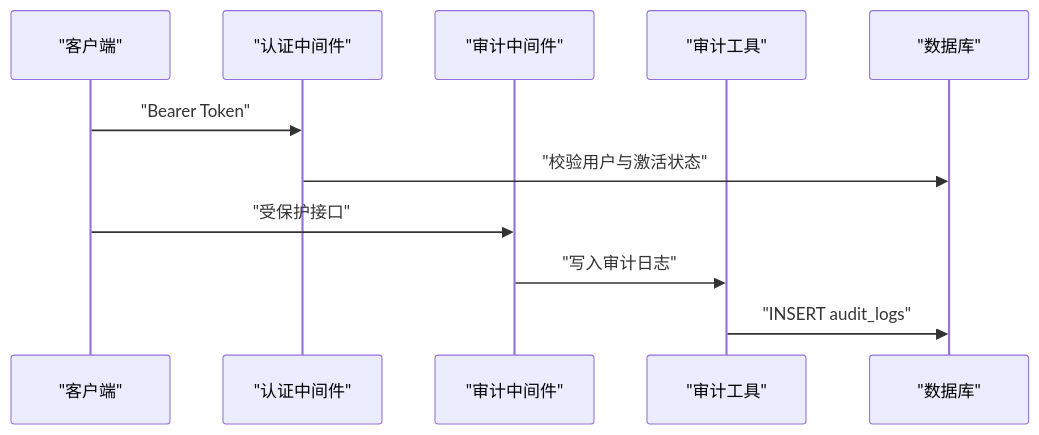
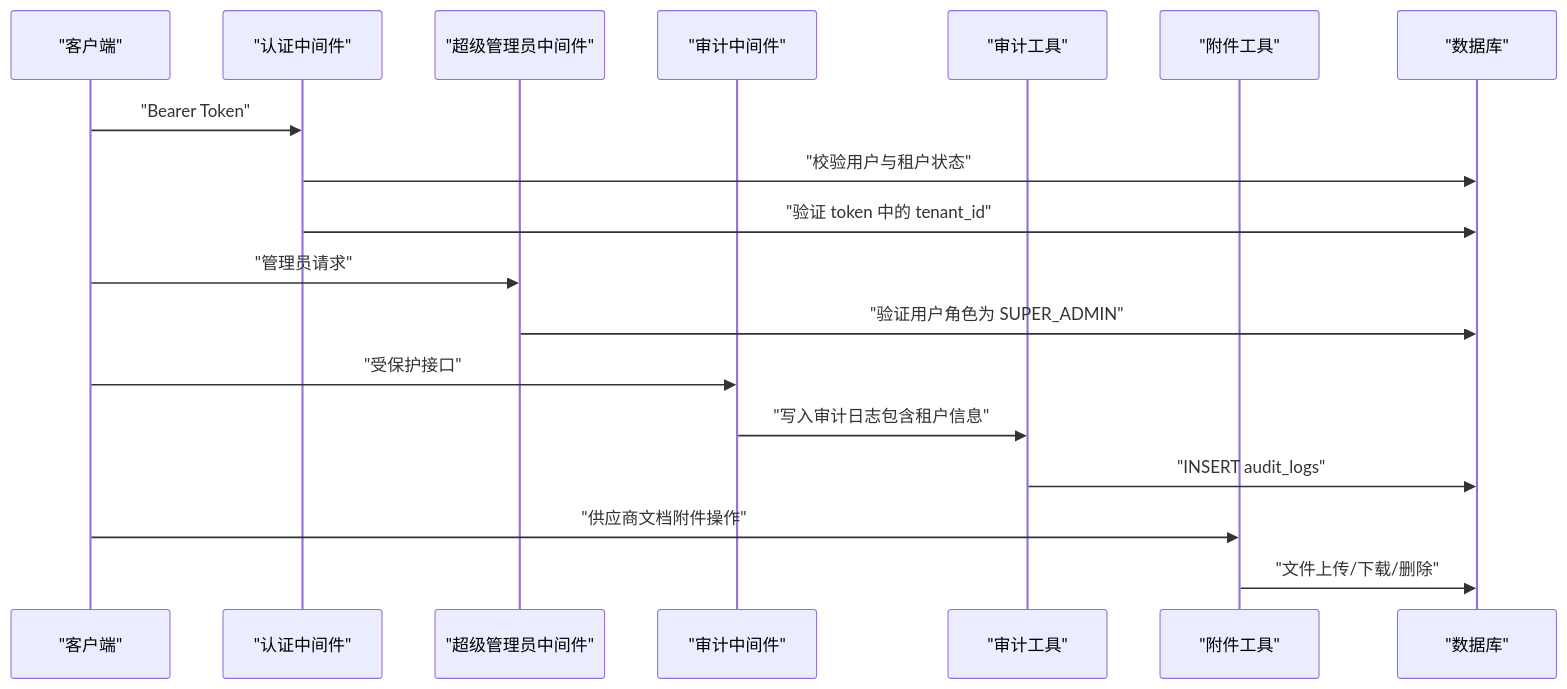
The fifth of 6 diagrams in .qoder/repowiki/zh/content/数据库设计/数据库设计.md (Juny09/inventory_system), drawn with Mermaid before and after one commit. The commit also changed other lines of this file and 53 other files, not shown here.

````diff
--- a/.qoder/repowiki/zh/content/数据库设计/数据库设计.md
+++ b/.qoder/repowiki/zh/content/数据库设计/数据库设计.md
@@ -501,13 +734,20 @@
 ```mermaid
 sequenceDiagram
 participant Client as "客户端"
 participant Auth as "认证中间件"
+participant SuperAdmin as "超级管理员中间件"
 participant Audit as "审计中间件"
 participant Log as "审计工具"
+participant Attach as "附件工具"
 participant DB as "数据库"
 Client->>Auth : "Bearer Token"
-Auth->>DB : "校验用户与激活状态"
+Auth->>DB : "校验用户与租户状态"
+Auth->>DB : "验证 token 中的 tenant_id"
+Client->>SuperAdmin : "管理员请求"
+SuperAdmin->>DB : "验证用户角色为 SUPER_ADMIN"
 Client->>Audit : "受保护接口"
-Audit->>Log : "写入审计日志"
+Audit->>Log : "写入审计日志包含租户信息"
 Log->>DB : "INSERT audit_logs"
+Client->>Attach : "供应商文档附件操作"
+Attach->>DB : "文件上传/下载/删除"
 ```
````
